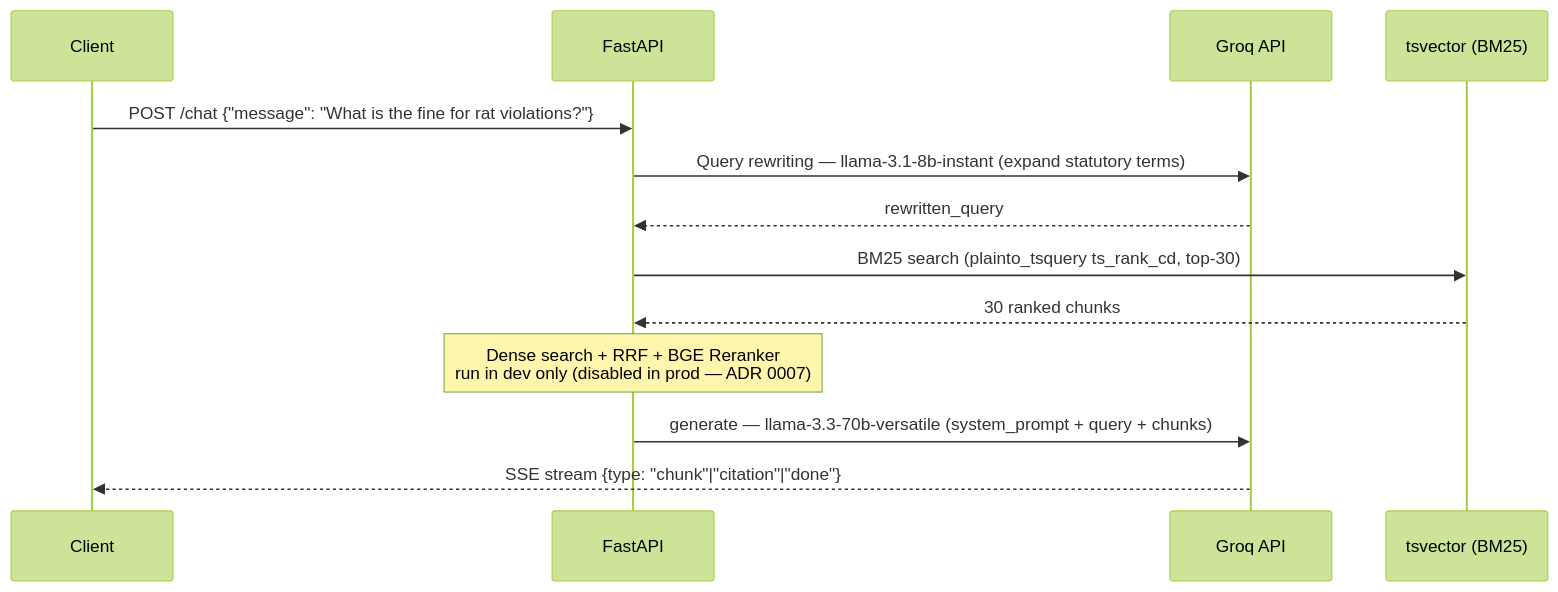
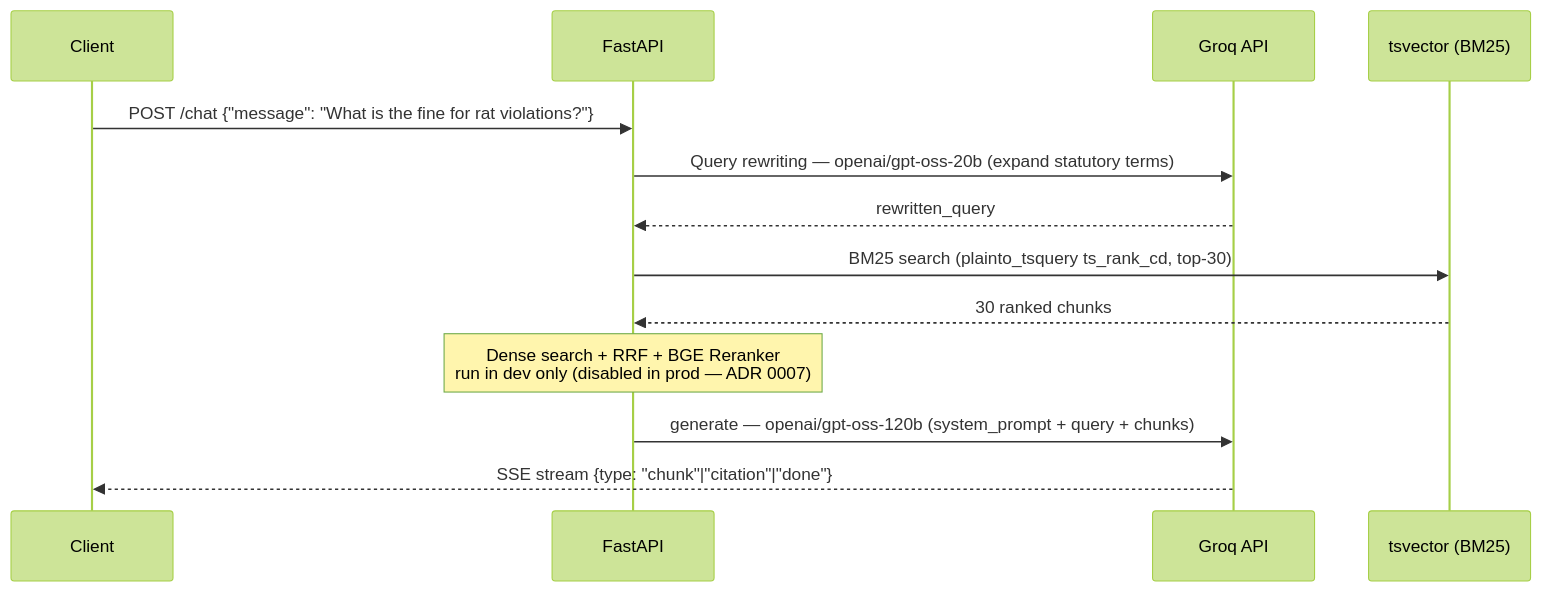
Before and after one commit to tatumamckinnis/NYCRatRiskIntelligence: the third of 3 diagrams in docs/architecture.md, drawn with Mermaid (forest theme). The commit also changed other lines of this file and 1 other file, not shown here.

Commit message:
docs: fix stale model names and chunk counts in architecture/case-study
architecture.md's diagrams still named the dead llama-3.3-70b-versatile
and llama-3.1-8b-instant models (deprecated by Groq, swapped to
openai/gpt-oss-120b/20b back in the 08-18 outage fix per ADR-0006's
addendum) — the code was already correct, only the diagram labels
lagged. case-study.md had the same pre-rechunking 1,190 chunk count as
the README (actual: 1,280), and understated the BM25-only degraded-mode
cost ("lower recall on terminology variations") relative to what the
2026-08-30 investigation actually found (~62% of citations structurally
unmatched at any window size).

Claude-Session: https://claude.ai/code/session_01CC4detXPk321X2Tgs5BD58

````diff
--- a/docs/architecture.md
+++ b/docs/architecture.md
@@ -144,16 +144,16 @@
 ```mermaid
 sequenceDiagram
     participant C as Client
     participant API as FastAPI
     participant Groq as Groq API
     participant DB as tsvector (BM25)
 
     C->>API: POST /chat {"message": "What is the fine for rat violations?"}
-    API->>Groq: Query rewriting — llama-3.1-8b-instant (expand statutory terms)
+    API->>Groq: Query rewriting — openai/gpt-oss-20b (expand statutory terms)
     Groq-->>API: rewritten_query
     API->>DB: BM25 search (plainto_tsquery ts_rank_cd, top-30)
     DB-->>API: 30 ranked chunks
     Note over API: Dense search + RRF + BGE Reranker<br/>run in dev only (disabled in prod — ADR 0007)
-    API->>Groq: generate — llama-3.3-70b-versatile (system_prompt + query + chunks)
+    API->>Groq: generate — openai/gpt-oss-120b (system_prompt + query + chunks)
     Groq-->>C: SSE stream {type: "chunk"|"citation"|"done"}
 ```
````
